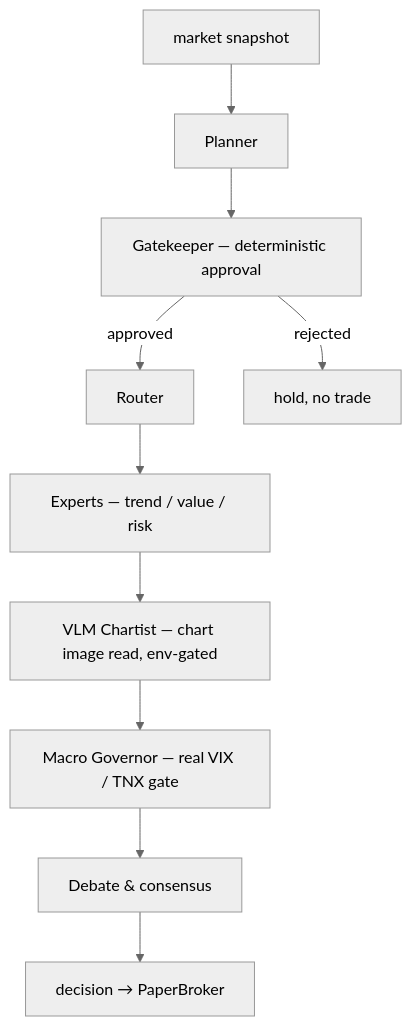
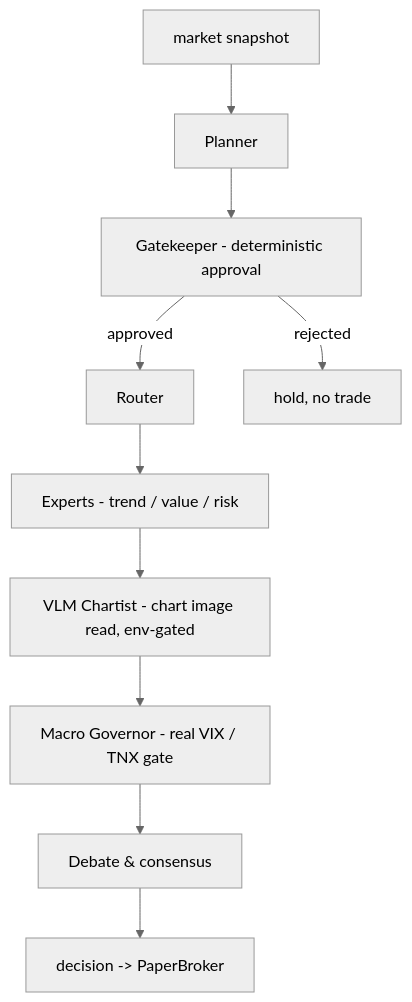
Before and after one commit to C0k11/stock-share-Helper: the second of 6 diagrams in README.md, drawn with Mermaid (neutral theme). The commit also changed other lines of this file and 2 other files, not shown here.

````diff
--- a/README.md
+++ b/README.md
@@ -198,12 +198,12 @@
 ```mermaid
 flowchart TB
     IN["market snapshot"] --> PLN["Planner"]
-    PLN --> GTK["Gatekeeper — deterministic approval"]
+    PLN --> GTK["Gatekeeper - deterministic approval"]
     GTK -->|approved| RTR["Router"]
     GTK -->|rejected| HLD["hold, no trade"]
-    RTR --> EXP["Experts — trend / value / risk"]
-    EXP --> VLM["VLM Chartist — chart image read, env-gated"]
-    VLM --> MAC["Macro Governor — real VIX / TNX gate"]
+    RTR --> EXP["Experts - trend / value / risk"]
+    EXP --> VLM["VLM Chartist - chart image read, env-gated"]
+    VLM --> MAC["Macro Governor - real VIX / TNX gate"]
     MAC --> DEB["Debate & consensus"]
-    DEB --> DEC["decision → PaperBroker"]
+    DEB --> DEC["decision -> PaperBroker"]
 ```
````
